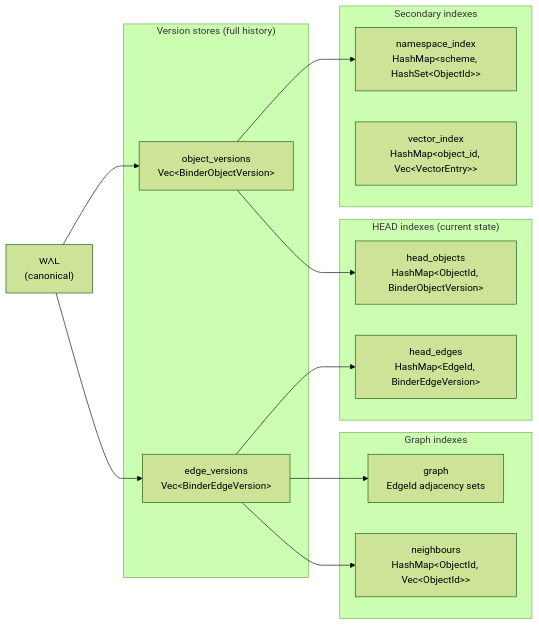
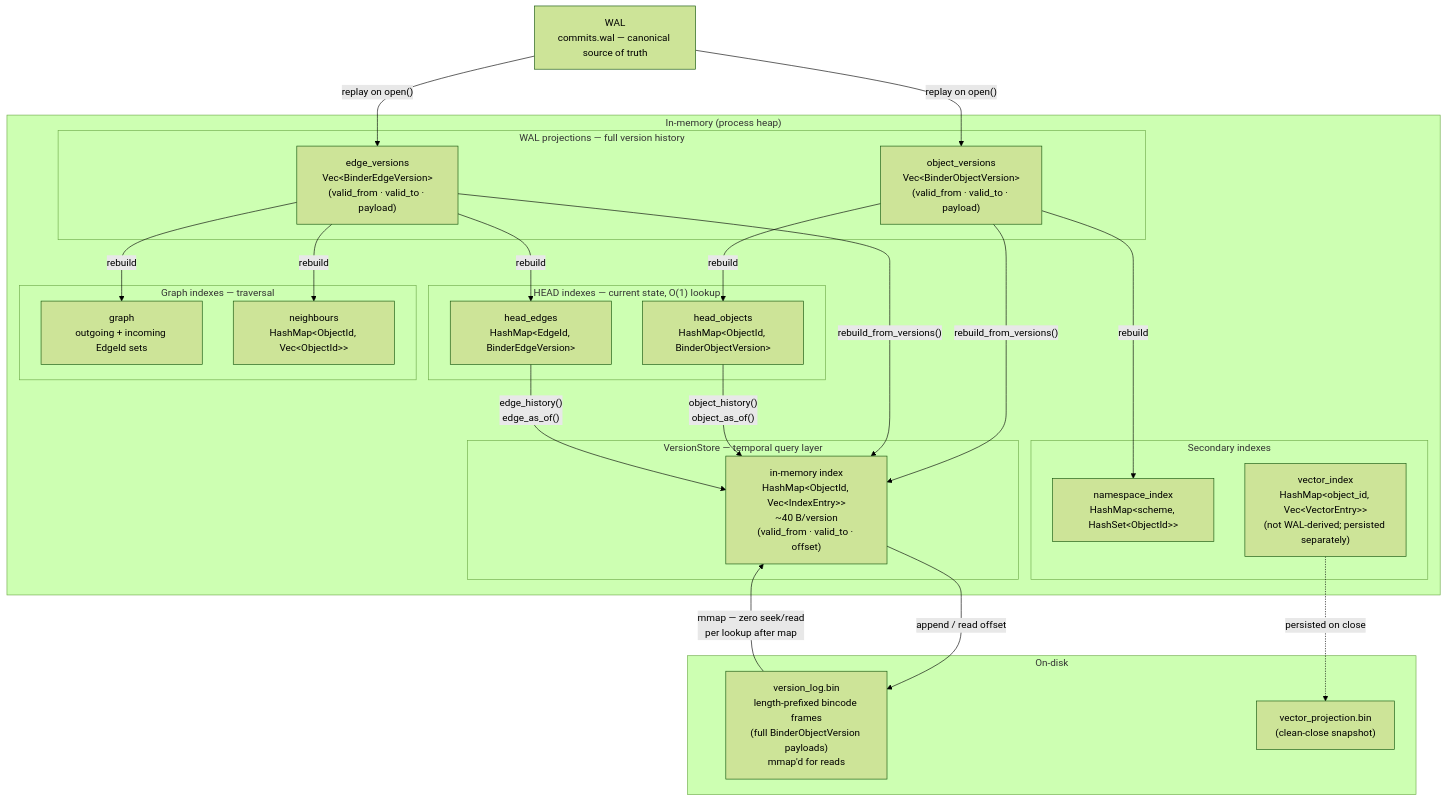
The diagram in docs/indexes.md (dpkimball/bindb), drawn with Mermaid (forest theme) before and after one commit. The commit also changed other lines of this file and 15 other files, not shown here.

First line of the commit message:
fix(ci): grant contents:write for benchmark gh-pages push + roadmap sync (#14)

````diff
--- a/docs/indexes.md
+++ b/docs/indexes.md
@@ -11,28 +11,47 @@
 ```mermaid
-graph LR
-    WAL["WAL\n(canonical)"]
+graph TD
+    WAL["WAL\ncommits.wal — canonical source of truth"]
 
-    subgraph "Version stores (full history)"
-        OV["object_versions\nVec&lt;BinderObjectVersion&gt;"]
-        EV["edge_versions\nVec&lt;BinderEdgeVersion&gt;"]
+    subgraph RAM ["In-memory (process heap)"]
+        subgraph VS ["WAL projections — full version history"]
+            OV["object_versions\nVec&lt;BinderObjectVersion&gt;\n(valid_from · valid_to · payload)"]
+            EV["edge_versions\nVec&lt;BinderEdgeVersion&gt;\n(valid_from · valid_to · payload)"]
+        end
+
+        subgraph HEAD ["HEAD indexes — current state, O(1) lookup"]
+            HO["head_objects\nHashMap&lt;ObjectId, BinderObjectVersion&gt;"]
+            HE["head_edges\nHashMap&lt;EdgeId, BinderEdgeVersion&gt;"]
+        end
+
+        subgraph GRAPH ["Graph indexes — traversal"]
+            GR["graph\noutgoing + incoming EdgeId sets"]
+            NB["neighbours\nHashMap&lt;ObjectId, Vec&lt;ObjectId&gt;&gt;"]
+        end
+
+        subgraph SEC ["Secondary indexes"]
+            NI["namespace_index\nHashMap&lt;scheme, HashSet&lt;ObjectId&gt;&gt;"]
+            VI["vector_index\nHashMap&lt;object_id, Vec&lt;VectorEntry&gt;&gt;\n(not WAL-derived; persisted separately)"]
+        end
+
+        subgraph VSTORE ["VersionStore — temporal query layer"]
+            VSI["in-memory index\nHashMap&lt;ObjectId, Vec&lt;IndexEntry&gt;&gt;\n~40 B/version\n(valid_from · valid_to · offset)"]
+        end
     end
 
-    subgraph "HEAD indexes (current state)"
-        HO["head_objects\nHashMap&lt;ObjectId, BinderObjectVersion&gt;"]
-        HE["head_edges\nHashMap&lt;EdgeId, BinderEdgeVersion&gt;"]
+    subgraph DISK ["On-disk"]
+        VL["version_log.bin\nlength-prefixed bincode frames\n(full BinderObjectVersion payloads)\nmmap'd for reads"]
+        WF["vector_projection.bin\n(clean-close snapshot)"]
     end
 
-    subgraph "Graph indexes"
-        GR["graph\nEdgeId adjacency sets"]
-        NB["neighbours\nHashMap&lt;ObjectId, Vec&lt;ObjectId&gt;&gt;"]
-    end
+    WAL -->|"replay on open()"| OV & EV
+    OV -->|"rebuild"| HO & NI
+    EV -->|"rebuild"| HE & GR & NB
+    VI -.->|"persisted on close"| WF
 
-    subgraph "Secondary indexes"
-        NI["namespace_index\nHashMap&lt;scheme, HashSet&lt;ObjectId&gt;&gt;"]
-        VI["vector_index\nHashMap&lt;object_id, Vec&lt;VectorEntry&gt;&gt;"]
-    end
+    OV & EV -->|"rebuild_from_versions()"| VSI
+    VSI -->|"append / read offset"| VL
+    VL -->|"mmap — zero seek/read\nper lookup after map"| VSI
 
-    WAL --> OV & EV
-    OV --> HO & NI
-    EV --> HE & GR & NB
+    HO -->|"object_history()\nobject_as_of()"| VSI
+    HE -->|"edge_history()\nedge_as_of()"| VSI
 ```
````
